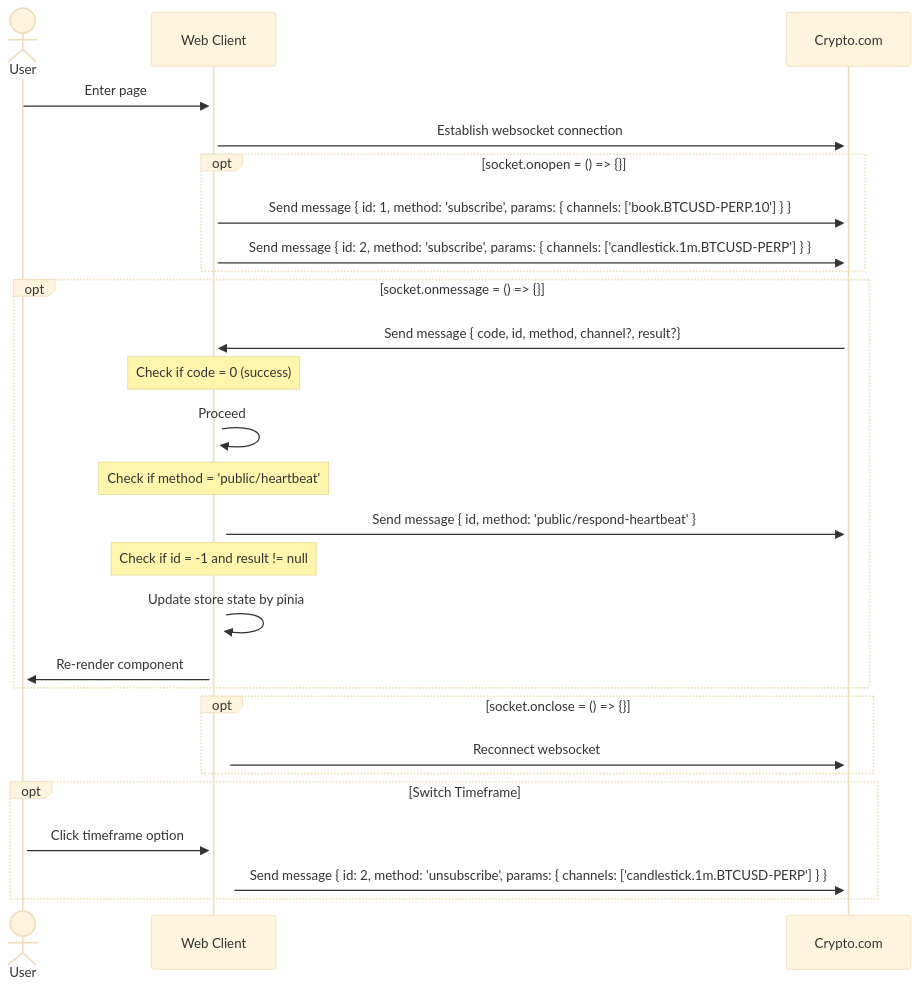
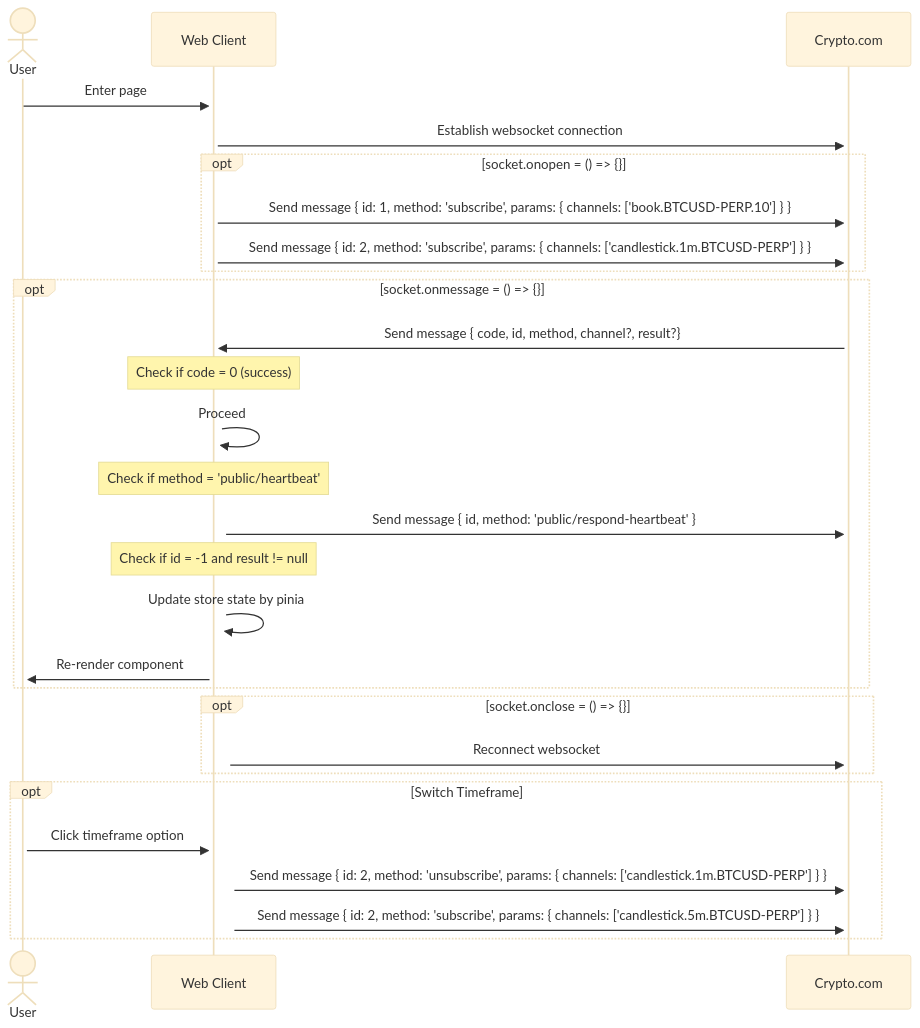
Before and after one commit to YuAnWu0000/cryptoExchange: the diagram in README.md, drawn with Mermaid (base theme).

Commit message:
UPDATE: Websocket flow chart in README.md

````diff
--- a/README.md
+++ b/README.md
@@ -11,30 +11,31 @@
 ```mermaid
 sequenceDiagram
   actor User
   participant Web Client
   participant Crypto.com
   User ->>+ Web Client: Enter page
   Web Client ->>+ Crypto.com: Establish websocket connection
   opt socket.onopen = () => {}
   Web Client->>+ Crypto.com: Send message { id: 1, method: 'subscribe', params: { channels: ['book.BTCUSD-PERP.10'] } }
   Web Client->>+ Crypto.com: Send message { id: 2, method: 'subscribe', params: { channels: ['candlestick.1m.BTCUSD-PERP'] } }
   end
   opt socket.onmessage = () => {}
   Crypto.com->>+ Web Client: Send message { code, id, method, channel?, result?}
   Note over Web Client: Check if code = 0 (success)
   Web Client->>+ Web Client: Proceed
   Note over Web Client: Check if method = 'public/heartbeat'
   Web Client->>+ Crypto.com: Send message { id, method: 'public/respond-heartbeat' }
   Note over Web Client: Check if id = -1 and result != null
   Web Client->>+ Web Client: Update store state by pinia
   Web Client->>+ User: Re-render component
   end
   opt socket.onclose = () => {}
   Web Client->>+ Crypto.com: Reconnect websocket
   end
   opt Switch Timeframe
   User->>+ Web Client: Click timeframe option
   Web Client->>+ Crypto.com: Send message { id: 2, method: 'unsubscribe', params: { channels: ['candlestick.1m.BTCUSD-PERP'] } }
+  Web Client->>+ Crypto.com: Send message { id: 2, method: 'subscribe', params: { channels: ['candlestick.5m.BTCUSD-PERP'] } }
 
   end
 ```
````
